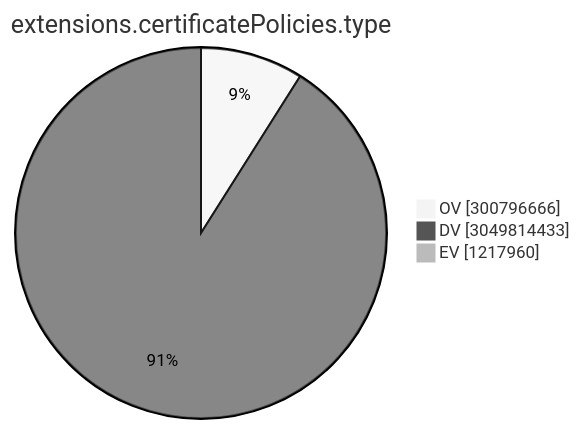
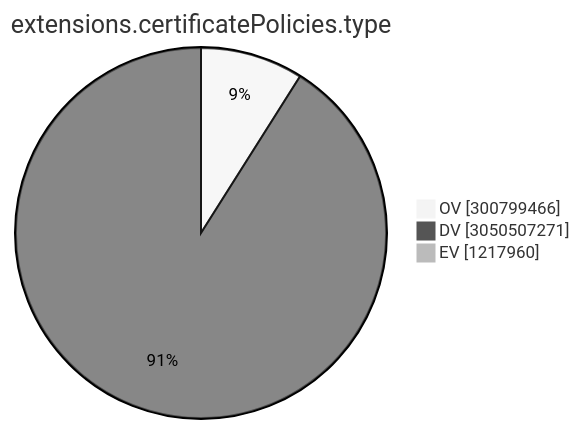
One commit to christiankrug/ctmonitor_visualization changed the ninth of 15 diagrams in TOTAL/README.md. Above: the diagram before and after it, drawn with Mermaid (neutral theme). The commit also changed other lines of this file, not shown here.

````diff
--- a/TOTAL/README.md
+++ b/TOTAL/README.md
@@ -3102,7 +3102,7 @@
 ```mermaid
 pie showData
 title extensions.certificatePolicies.type
-"OV" :300796666
-"DV" :3049814433
+"OV" :300799466
+"DV" :3050507271
 "EV" :1217960
 ```
````
